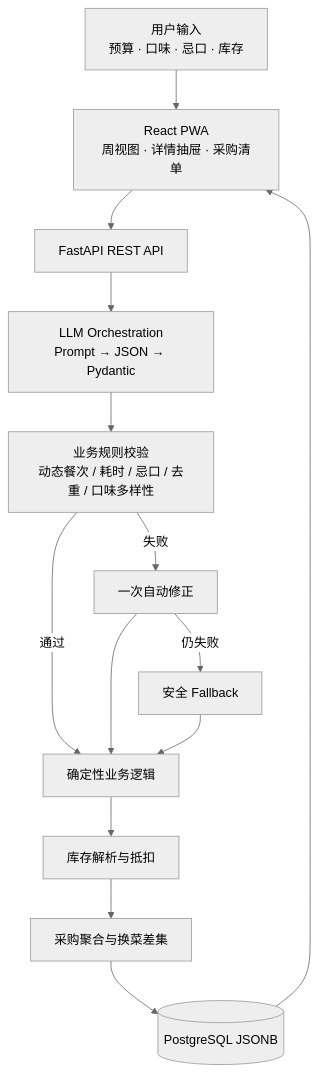
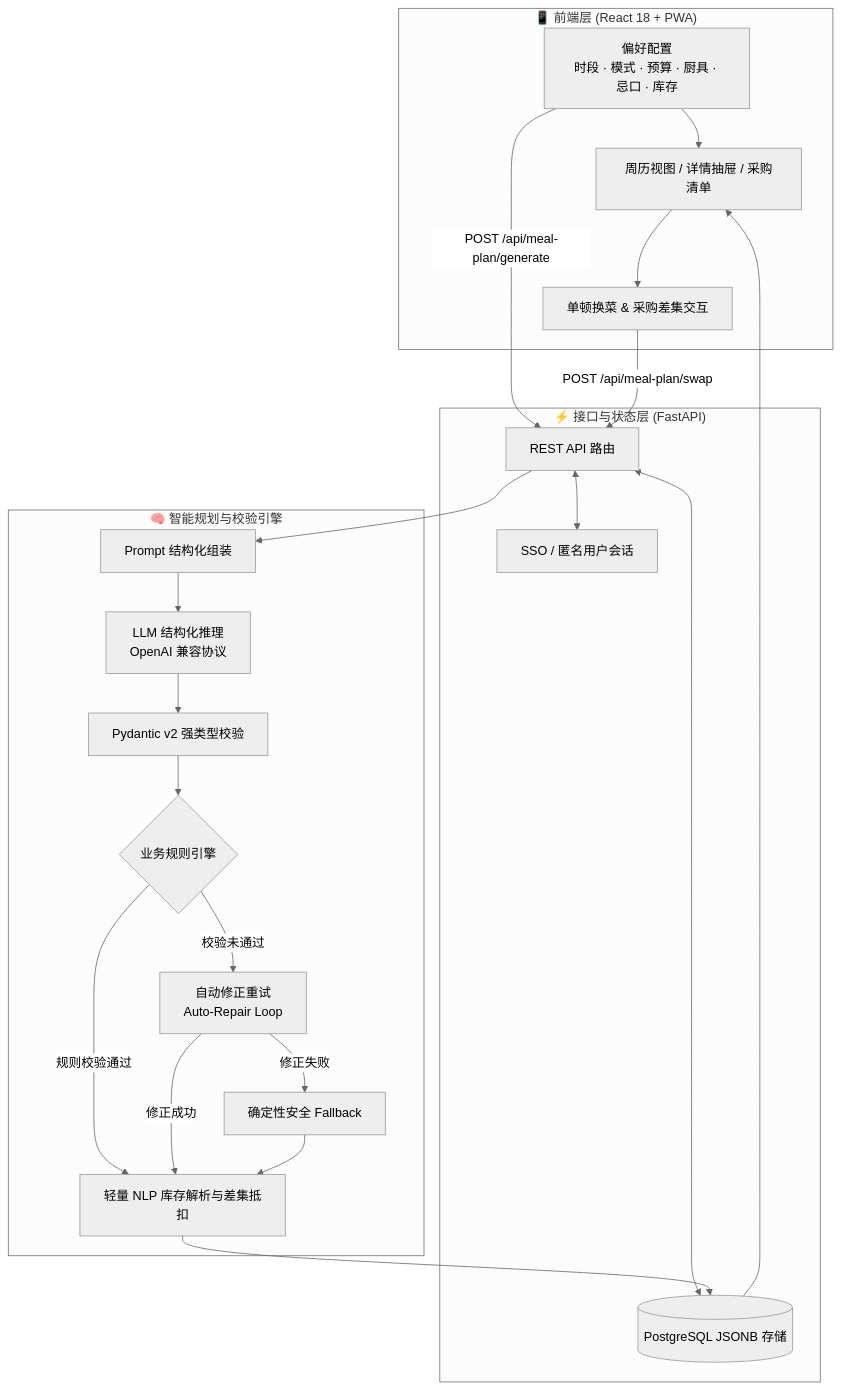
The diagram in README.md (Sinera-kiki/wanting-meal-planner), drawn with Mermaid (neutral theme) before and after one commit. The commit also changed other lines of this file and 5 other files, not shown here.

````diff
--- a/README.md
+++ b/README.md
@@ -80,16 +85,35 @@
 ```mermaid
 flowchart TB
-    U[用户输入\n预算 · 口味 · 忌口 · 库存] --> FE[React PWA\n周视图 · 详情抽屉 · 采购清单]
-    FE --> API[FastAPI REST API]
-    API --> LLM[LLM Orchestration\nPrompt → JSON → Pydantic]
-    LLM --> V[业务规则校验\n动态餐次 / 耗时 / 忌口 / 去重 / 口味多样性]
-    V -->|通过| B[确定性业务逻辑]
-    V -->|失败| R[一次自动修正]
-    R -->|仍失败| F[安全 Fallback]
-    R --> B
+    subgraph Client["📱 前端层 (React 18 + PWA)"]
+        A[偏好配置\n时段 · 模式 · 预算 · 厨具 · 忌口 · 库存] --> B[周历视图 / 详情抽屉 / 采购清单]
+        B --> C[单顿换菜 & 采购差集交互]
+    end
+
+    subgraph API["⚡ 接口与状态层 (FastAPI)"]
+        D[REST API 路由]
+        E[SSO / 匿名用户会话]
+        F[(PostgreSQL JSONB 存储)]
+        D <--> E
+        D <--> F
+    end
+
+    subgraph AI["🧠 智能规划与校验引擎"]
+        G[Prompt 结构化组装]
+        H[LLM 结构化推理\nOpenAI 兼容协议]
+        I[Pydantic v2 强类型校验]
+        J{业务规则引擎}
+        K[自动修正重试\nAuto-Repair Loop]
+        L[确定性安全 Fallback]
+        M[轻量 NLP 库存解析与差集抵扣]
+    end
+
+    A -->|POST /api/meal-plan/generate| D
+    C -->|POST /api/meal-plan/swap| D
+    D --> G --> H --> I --> J
+    J -->|规则校验通过| M
+    J -->|校验未通过| K
+    K -->|修正成功| M
+    K -->|修正失败| L --> M
+    M --> F
     F --> B
-    B --> P[库存解析与抵扣]
-    P --> S[采购聚合与换菜差集]
-    S --> DB[(PostgreSQL JSONB)]
-    DB --> FE
 ```
````
